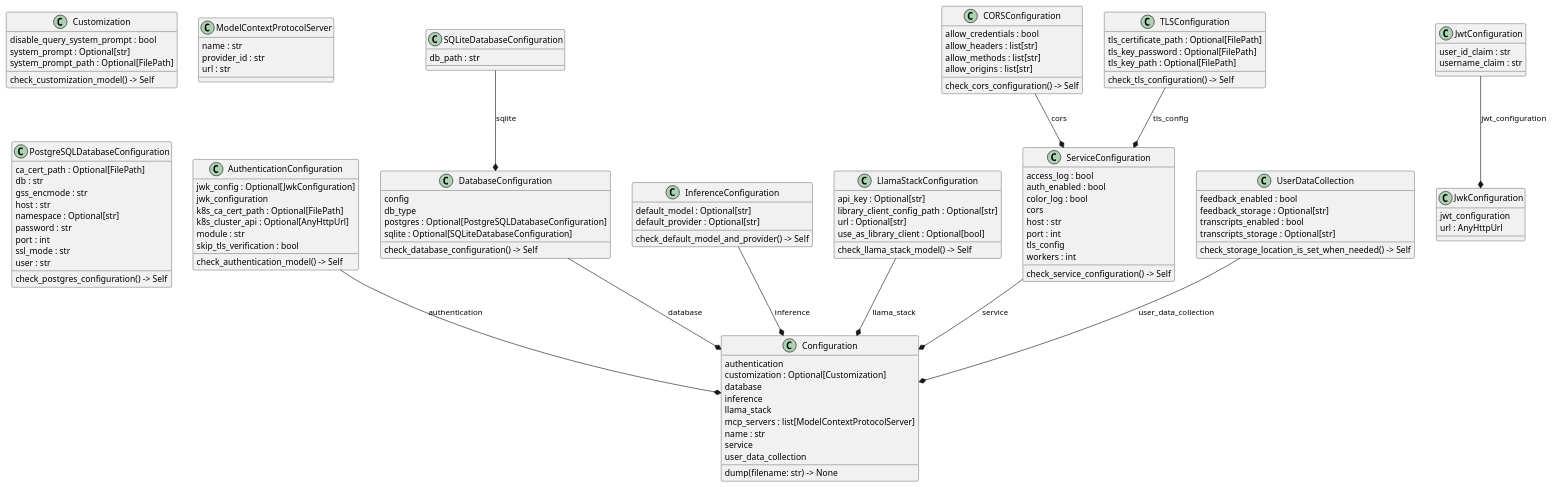
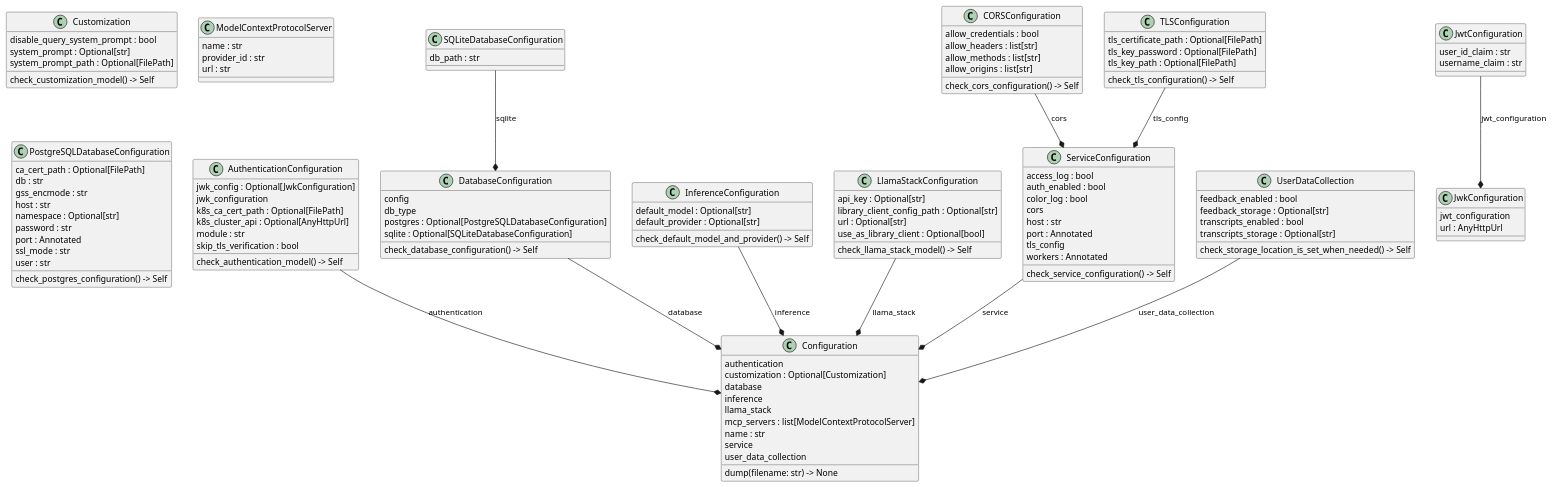
Before and after one commit to zszabo-rh/lightspeed-stack: the diagram in docs/config.puml, drawn with PlantUML. The commit also changed 3 other files, not shown here.

```diff
--- a/docs/config.puml
+++ b/docs/config.puml
@@ -1,118 +1,118 @@
 @startuml classes
 set namespaceSeparator none
 class "AuthenticationConfiguration" as src.models.config.AuthenticationConfiguration {
   jwk_config : Optional[JwkConfiguration]
   jwk_configuration
   k8s_ca_cert_path : Optional[FilePath]
   k8s_cluster_api : Optional[AnyHttpUrl]
   module : str
   skip_tls_verification : bool
   check_authentication_model() -> Self
 }
 class "CORSConfiguration" as src.models.config.CORSConfiguration {
   allow_credentials : bool
   allow_headers : list[str]
   allow_methods : list[str]
   allow_origins : list[str]
   check_cors_configuration() -> Self
 }
 class "Configuration" as src.models.config.Configuration {
   authentication
   customization : Optional[Customization]
   database
   inference
   llama_stack
   mcp_servers : list[ModelContextProtocolServer]
   name : str
   service
   user_data_collection
   dump(filename: str) -> None
 }
 class "Customization" as src.models.config.Customization {
   disable_query_system_prompt : bool
   system_prompt : Optional[str]
   system_prompt_path : Optional[FilePath]
   check_customization_model() -> Self
 }
 class "DatabaseConfiguration" as src.models.config.DatabaseConfiguration {
   config
   db_type
   postgres : Optional[PostgreSQLDatabaseConfiguration]
   sqlite : Optional[SQLiteDatabaseConfiguration]
   check_database_configuration() -> Self
 }
 class "InferenceConfiguration" as src.models.config.InferenceConfiguration {
   default_model : Optional[str]
   default_provider : Optional[str]
   check_default_model_and_provider() -> Self
 }
 class "JwkConfiguration" as src.models.config.JwkConfiguration {
   jwt_configuration
   url : AnyHttpUrl
 }
 class "JwtConfiguration" as src.models.config.JwtConfiguration {
   user_id_claim : str
   username_claim : str
 }
 class "LlamaStackConfiguration" as src.models.config.LlamaStackConfiguration {
   api_key : Optional[str]
   library_client_config_path : Optional[str]
   url : Optional[str]
   use_as_library_client : Optional[bool]
   check_llama_stack_model() -> Self
 }
 class "ModelContextProtocolServer" as src.models.config.ModelContextProtocolServer {
   name : str
   provider_id : str
   url : str
 }
 class "PostgreSQLDatabaseConfiguration" as src.models.config.PostgreSQLDatabaseConfiguration {
   ca_cert_path : Optional[FilePath]
   db : str
   gss_encmode : str
   host : str
   namespace : Optional[str]
   password : str
-  port : int
+  port : Annotated
   ssl_mode : str
   user : str
   check_postgres_configuration() -> Self
 }
 class "SQLiteDatabaseConfiguration" as src.models.config.SQLiteDatabaseConfiguration {
   db_path : str
 }
 class "ServiceConfiguration" as src.models.config.ServiceConfiguration {
   access_log : bool
   auth_enabled : bool
   color_log : bool
   cors
   host : str
-  port : int
+  port : Annotated
   tls_config
-  workers : int
+  workers : Annotated
   check_service_configuration() -> Self
 }
 class "TLSConfiguration" as src.models.config.TLSConfiguration {
   tls_certificate_path : Optional[FilePath]
   tls_key_password : Optional[FilePath]
   tls_key_path : Optional[FilePath]
   check_tls_configuration() -> Self
 }
 class "UserDataCollection" as src.models.config.UserDataCollection {
   feedback_enabled : bool
   feedback_storage : Optional[str]
   transcripts_enabled : bool
   transcripts_storage : Optional[str]
   check_storage_location_is_set_when_needed() -> Self
 }
 src.models.config.AuthenticationConfiguration --* src.models.config.Configuration : authentication
 src.models.config.CORSConfiguration --* src.models.config.ServiceConfiguration : cors
 src.models.config.DatabaseConfiguration --* src.models.config.Configuration : database
 src.models.config.InferenceConfiguration --* src.models.config.Configuration : inference
 src.models.config.JwtConfiguration --* src.models.config.JwkConfiguration : jwt_configuration
 src.models.config.LlamaStackConfiguration --* src.models.config.Configuration : llama_stack
 src.models.config.SQLiteDatabaseConfiguration --* src.models.config.DatabaseConfiguration : sqlite
 src.models.config.ServiceConfiguration --* src.models.config.Configuration : service
 src.models.config.TLSConfiguration --* src.models.config.ServiceConfiguration : tls_config
 src.models.config.UserDataCollection --* src.models.config.Configuration : user_data_collection
 @enduml
```
